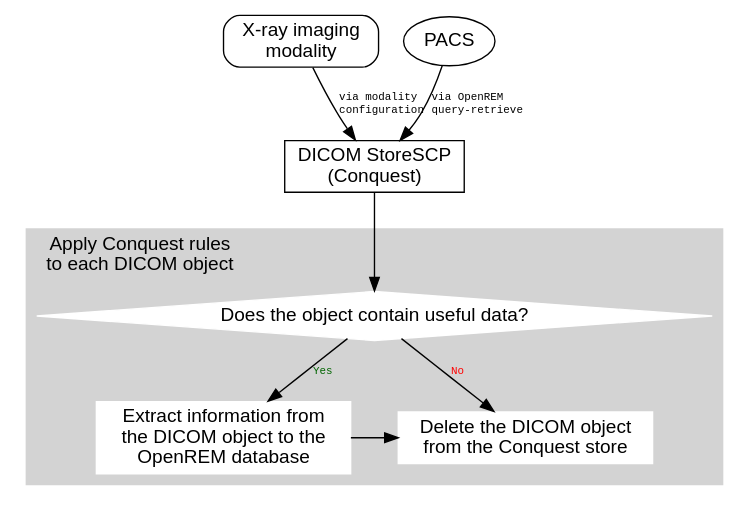
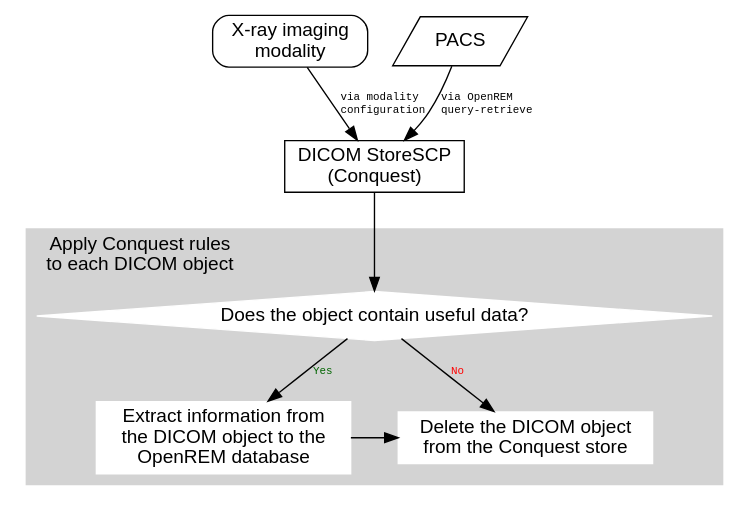
The second of 2 diagrams in docs/testgraphviz.rst (ckswilliams/modOpenREM), drawn with Graphviz before and after one commit. The commit also changed other lines of this file, not shown here.

```diff
--- a/docs/testgraphviz.rst
+++ b/docs/testgraphviz.rst
@@ -56,31 +57,31 @@
 .. graphviz::
 
    digraph {
 
       subgraph cluster_rules {
          label = "Apply Conquest rules\nto each DICOM object";
          node [style=filled color=white];
          style=filled;
          color=lightgrey;
          labelloc=t;
          labeljust=l;
          fontname="Helvetica"
 
          conquest_script -> populate_database [label="Yes" fontcolor=darkgreen fontsize=8 fontname="Courier"];
          populate_database -> delete_object;
          conquest_script -> delete_object [label="No" fontcolor=red fontsize=8 fontname="Courier"];
 
          {rank=same; populate_database delete_object};
       }
 
       modality -> conquest [label="via modality\lconfiguration\l" fontsize=8 fontname="Courier"];
       pacs -> conquest [label="via OpenREM\lquery-retrieve\l" fontsize=8 fontname="Courier"];
       conquest -> conquest_script;
 
       modality [label="X-ray imaging\nmodality" fontname="Helvetica" tooltip="Data send from an x-ray imaging modality" shape="box" style="rounded"];
-      pacs [label="PACS" fontname="Helvetica" tooltip="A Picture Archiving and Communication System"];
+      pacs [label="PACS" fontname="Helvetica" tooltip="A Picture Archiving and Communication System" shape="parallelogram"];
       conquest [label="DICOM StoreSCP\n(Conquest)" fontname="Helvetica" tooltip="Conquest, acting as a DICOM storage SCP" shape="box"];
       conquest_script [shape=diamond label="Does the object contain useful data?" fontname="Helvetica" tooltip="Process the rules in dicom.ini"];
       populate_database [label="Extract information from\nthe DICOM object to the\nOpenREM database" fontname="Helvetica", tooltip="Extract data using OpenREM's python scripts" shape="box"];
       delete_object [label="Delete the DICOM object\nfrom the Conquest store" fontname="Helvetica" tooltip="Delete the DICOM object from the local store SCP" shape="box"];
    }
```
